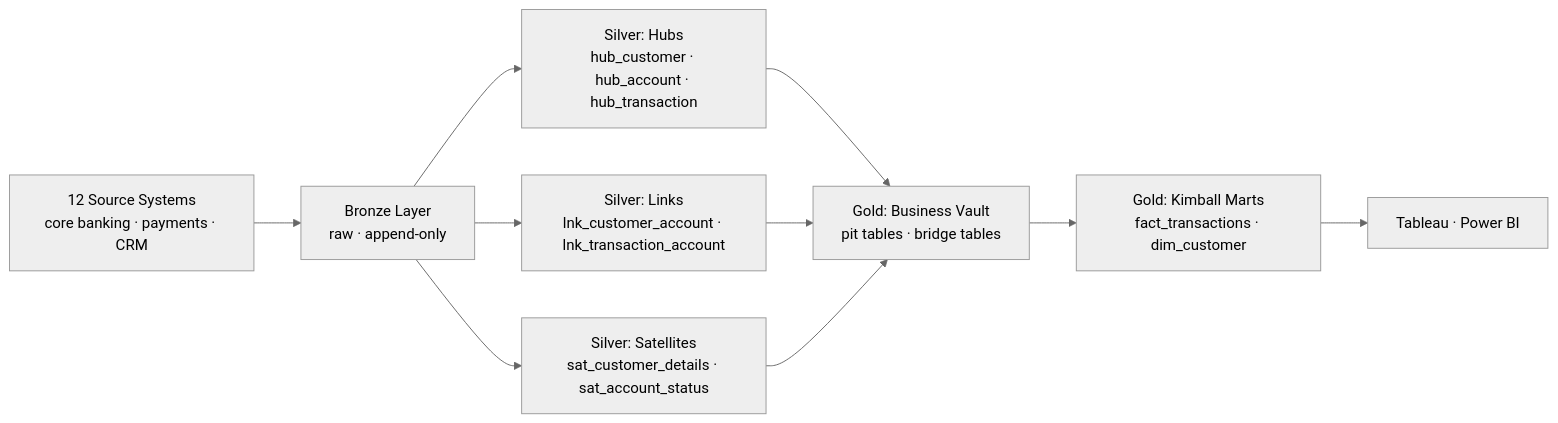
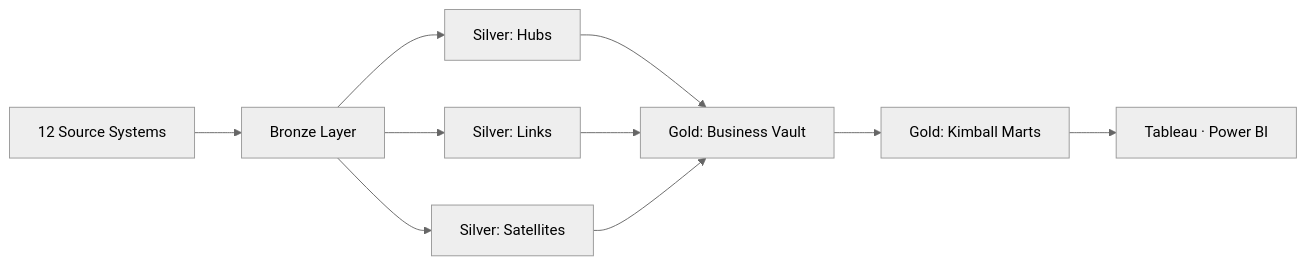
The diagram in 10-scenarios/06-data-vault-lakehouse.md (gcmishra7/data-engineering-helper), drawn with Mermaid (neutral theme) before and after one commit. The commit also changed other lines of this file and 57 other files, not shown here.

First line of the commit message:
Shorten mermaid node labels to fix text truncation on GitHub

````diff
--- a/10-scenarios/06-data-vault-lakehouse.md
+++ b/10-scenarios/06-data-vault-lakehouse.md
@@ -10,12 +10,12 @@
 ```mermaid
 graph LR
-    SRC[12 Source Systems<br/>core banking · payments · CRM] --> BR[Bronze Layer<br/>raw · append-only]
-    BR --> HUB[Silver: Hubs<br/>hub_customer · hub_account · hub_transaction]
-    BR --> LNK[Silver: Links<br/>lnk_customer_account · lnk_transaction_account]
-    BR --> SAT[Silver: Satellites<br/>sat_customer_details · sat_account_status]
-    HUB --> GOLD[Gold: Business Vault<br/>pit tables · bridge tables]
+    SRC[12 Source Systems] --> BR[Bronze Layer]
+    BR --> HUB[Silver: Hubs]
+    BR --> LNK[Silver: Links]
+    BR --> SAT[Silver: Satellites]
+    HUB --> GOLD[Gold: Business Vault]
     LNK --> GOLD
     SAT --> GOLD
-    GOLD --> MART[Gold: Kimball Marts<br/>fact_transactions · dim_customer]
+    GOLD --> MART[Gold: Kimball Marts]
     MART --> BI[Tableau · Power BI]
 ```
````
